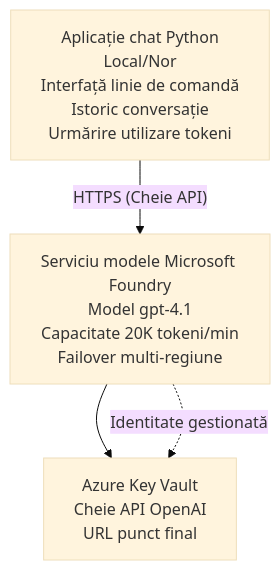
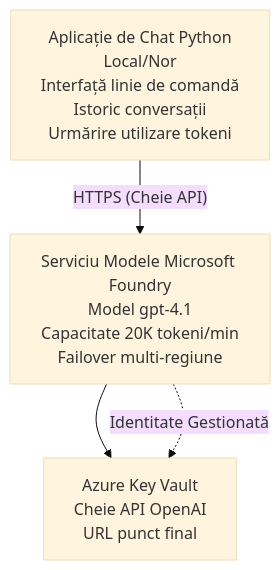
Before and after one commit to microsoft/AZD-for-beginners: the diagram in translations/ro/examples/azure-openai-chat/README.md, drawn with Mermaid (base theme). The commit also changed other lines of this file and 104 other files, not shown here.

````diff
--- a/translations/ro/examples/azure-openai-chat/README.md
+++ b/translations/ro/examples/azure-openai-chat/README.md
@@ -26,6 +26,6 @@
 ```mermaid
 graph TD
-    App[Aplicație chat Python<br/>Local/Nor<br/>Interfață linie de comandă<br/>Istoric conversație<br/>Urmărire utilizare tokeni] -- "HTTPS (Cheie API)" --> Foundry[Serviciu modele Microsoft Foundry<br/>Model gpt-4.1<br/>Capacitate 20K tokeni/min<br/>Failover multi-regiune]
+    App[Aplicație de Chat Python<br/>Local/Nor<br/>Interfață linie de comandă<br/>Istoric conversații<br/>Urmărire utilizare tokeni] -- "HTTPS (Cheie API)" --> Foundry[Serviciu Modele Microsoft Foundry<br/>Model gpt-4.1<br/>Capacitate 20K tokeni/min<br/>Failover multi-regiune]
     Foundry --> KV[Azure Key Vault<br/>Cheie API OpenAI<br/>URL punct final]
-    Foundry -. Identitate gestionată .-> KV
+    Foundry -. Identitate Gestionată .-> KV
 ```
````
